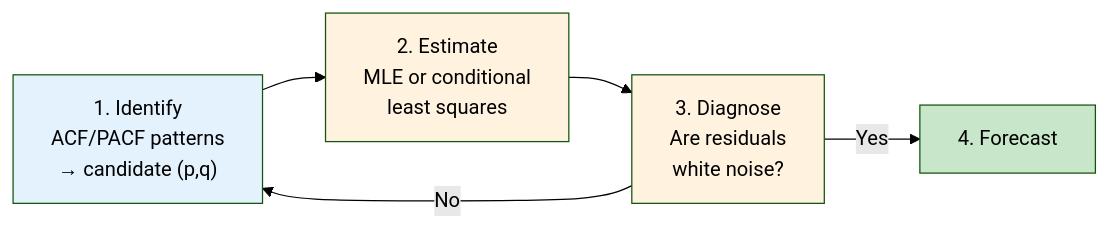
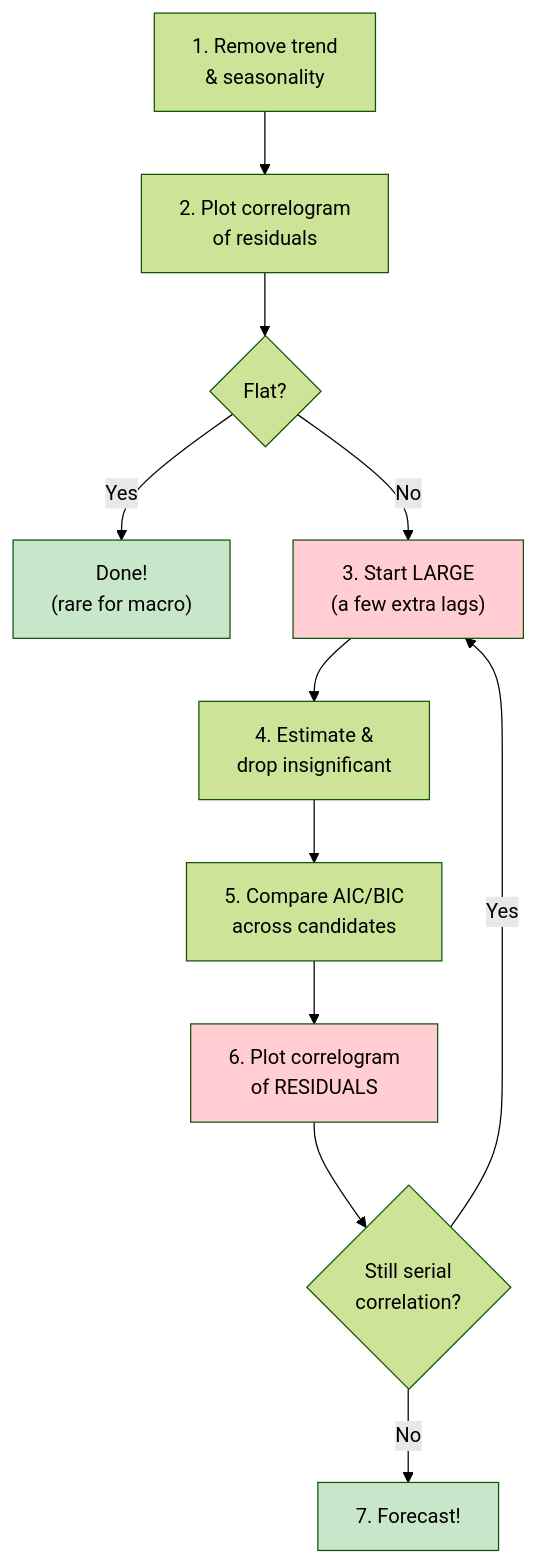
Before and after one commit to gabrielacoada/forecasting: the eighth of 9 diagrams in course-materials/lectures/week-04/key-concepts.md, drawn with Mermaid (forest theme). The commit also changed other lines of this file and 6 other files, not shown here.

````diff
--- a/course-materials/lectures/week-04/key-concepts.md
+++ b/course-materials/lectures/week-04/key-concepts.md
@@ -165,12 +165,18 @@
 ```mermaid
-flowchart LR
-    ID["1. Identify<br/>ACF/PACF patterns<br/>→ candidate (p,q)"] --> EST["2. Estimate<br/>MLE or conditional<br/>least squares"]
-    EST --> DIAG["3. Diagnose<br/>Are residuals<br/>white noise?"]
-    DIAG -->|"Yes"| FC["4. Forecast"]
-    DIAG -->|"No"| ID
+flowchart TD
+    S1["1. Remove trend<br/>& seasonality"] --> S2["2. Plot correlogram<br/>of residuals"]
+    S2 --> S3{"Flat?"}
+    S3 -->|"Yes"| DONE["Done!<br/>(rare for macro)"]
+    S3 -->|"No"| S4["3. Start LARGE<br/>(a few extra lags)"]
+    S4 --> S5["4. Estimate &<br/>drop insignificant"]
+    S5 --> S6["5. Compare AIC/BIC<br/>across candidates"]
+    S6 --> S7["6. Plot correlogram<br/>of RESIDUALS"]
+    S7 --> S8{"Still serial<br/>correlation?"}
+    S8 -->|"Yes"| S4
+    S8 -->|"No"| FC["7. Forecast!"]
 
-    style ID fill:#e3f2fd
-    style EST fill:#fff3e0
-    style DIAG fill:#fff3e0
+    style S4 fill:#ffcdd2
+    style S7 fill:#ffcdd2
     style FC fill:#c8e6c9
+    style DONE fill:#c8e6c9
 ```
````
